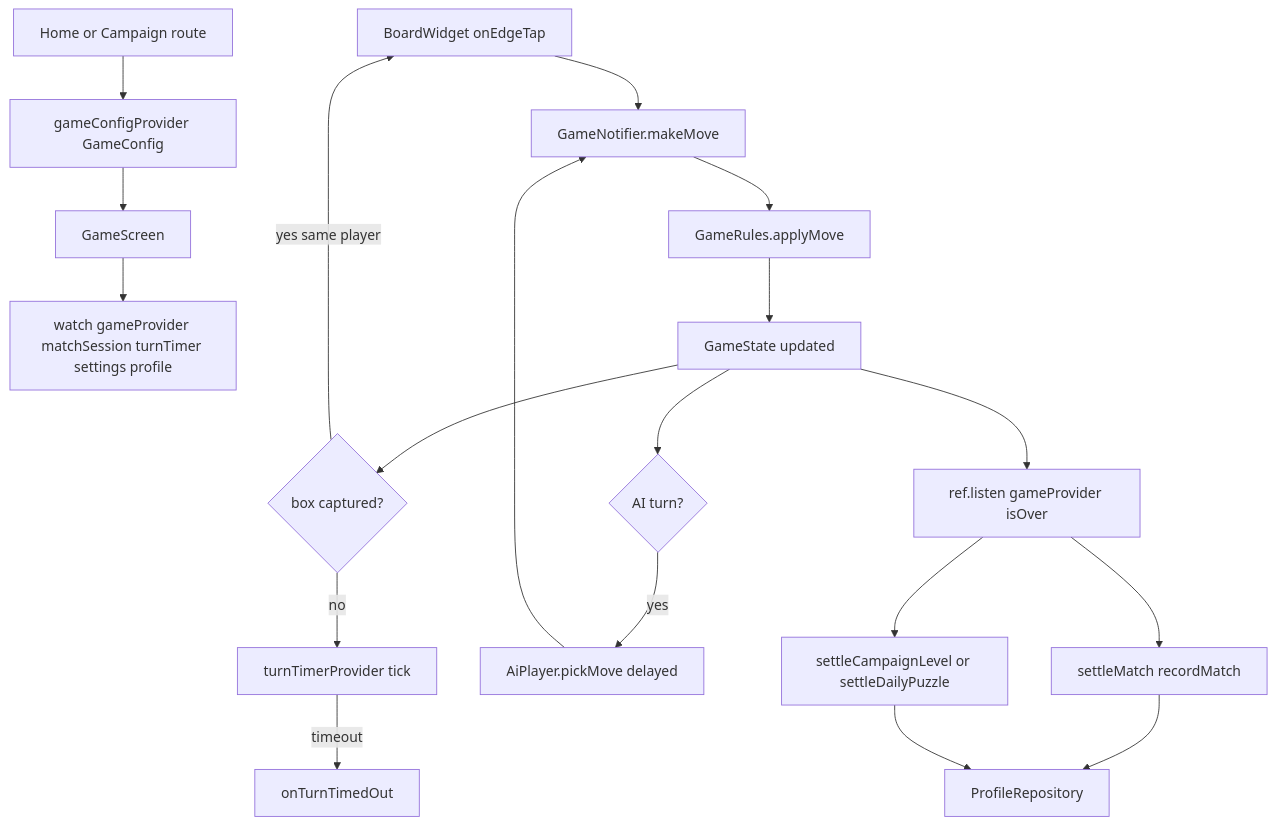
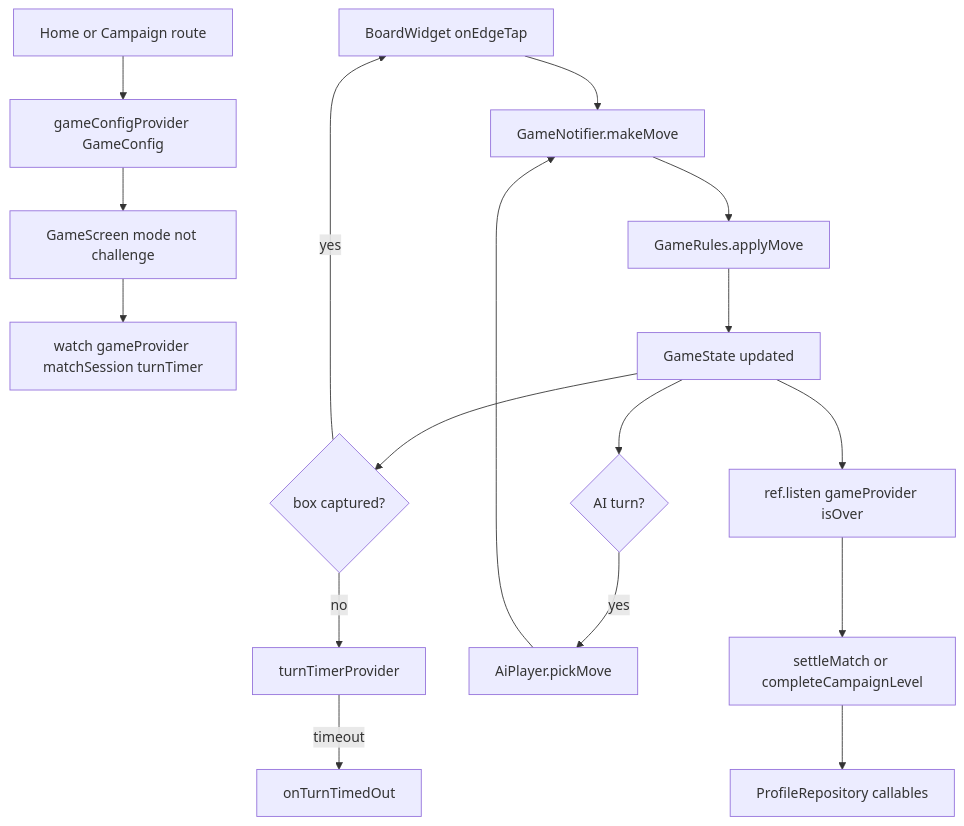
One commit to vividmemories-games/Dot_Clash changed the fourth of 10 diagrams in docs/architecture.md. Above: the diagram before and after it, drawn with Mermaid. The commit also changed other lines of this file and 13 other files, not shown here.

````diff
--- a/docs/architecture.md
+++ b/docs/architecture.md
@@ -161,21 +202,19 @@
 ```mermaid
 flowchart TD
   Entry[Home or Campaign route] --> Config[gameConfigProvider GameConfig]
-  Config --> Screen[GameScreen]
-  Screen --> Watch[watch gameProvider matchSession turnTimer settings profile]
+  Config --> Screen[GameScreen mode not challenge]
+  Screen --> Watch[watch gameProvider matchSession turnTimer]
   Tap[BoardWidget onEdgeTap] --> MakeMove[GameNotifier.makeMove]
   MakeMove --> Rules[GameRules.applyMove]
   Rules --> State[GameState updated]
   State --> ExtraTurn{box captured?}
-  ExtraTurn -->|yes same player| Tap
-  ExtraTurn -->|no| Timer[turnTimerProvider tick]
+  ExtraTurn -->|yes| Tap
+  ExtraTurn -->|no| Timer[turnTimerProvider]
   State --> AiCheck{AI turn?}
-  AiCheck -->|yes| AiPlayer[AiPlayer.pickMove delayed]
+  AiCheck -->|yes| AiPlayer[AiPlayer.pickMove]
   AiPlayer --> MakeMove
   Timer -->|timeout| OnTimeout[onTurnTimedOut]
   State --> Listen[ref.listen gameProvider isOver]
-  Listen --> LocalSettle[settleMatch recordMatch]
-  Listen --> CampSettle[settleCampaignLevel or settleDailyPuzzle]
-  LocalSettle --> Repo[ProfileRepository]
-  CampSettle --> Repo
+  Listen --> Settle[settleMatch or completeCampaignLevel]
+  Settle --> Repo[ProfileRepository callables]
 ```
````
